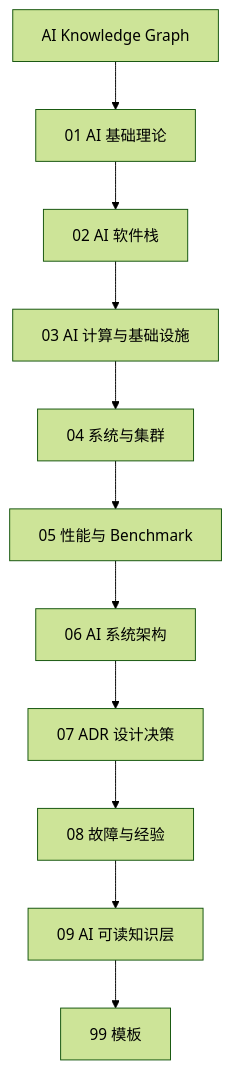
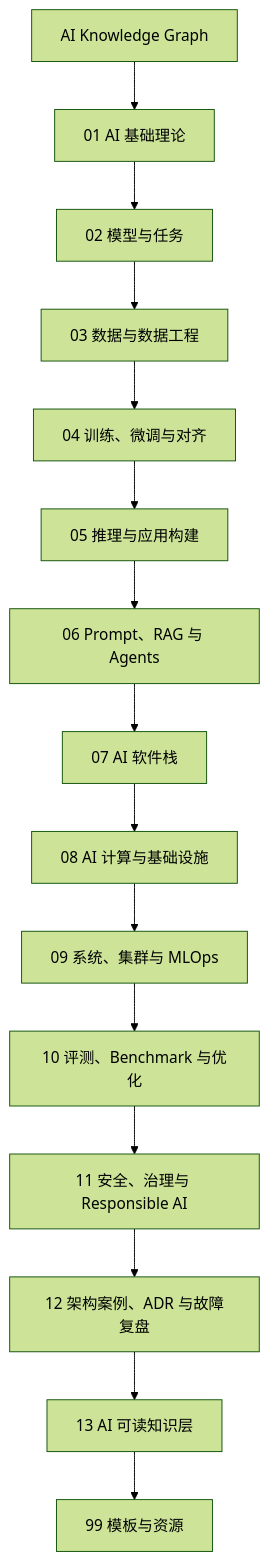
Before and after one commit to AmourSec/aikg: the diagram in docs/knowledge-map.md, drawn with Mermaid (forest theme). The commit also changed other lines of this file and 21 other files, not shown here.

````diff
--- a/docs/knowledge-map.md
+++ b/docs/knowledge-map.md
@@ -11,25 +11,33 @@
 ```mermaid
 flowchart TB
   A["AI Knowledge Graph"] --> B["01 AI 基础理论"]
-  B --> C["02 AI 软件栈"]
-  C --> D["03 AI 计算与基础设施"]
-  D --> E["04 系统与集群"]
-  E --> F["05 性能与 Benchmark"]
-  F --> G["06 AI 系统架构"]
-  G --> H["07 ADR 设计决策"]
-  H --> I["08 故障与经验"]
-  I --> J["09 AI 可读知识层"]
-  J --> K["99 模板"]
+  B --> C["02 模型与任务"]
+  C --> D["03 数据与数据工程"]
+  D --> E["04 训练、微调与对齐"]
+  E --> F["05 推理与应用构建"]
+  F --> G["06 Prompt、RAG 与 Agents"]
+  G --> H["07 AI 软件栈"]
+  H --> I["08 AI 计算与基础设施"]
+  I --> J["09 系统、集群与 MLOps"]
+  J --> K["10 评测、Benchmark 与优化"]
+  K --> L["11 安全、治理与 Responsible AI"]
+  L --> M["12 架构案例、ADR 与故障复盘"]
+  M --> N["13 AI 可读知识层"]
+  N --> O["99 模板与资源"]
 
   click A "../" "打开首页"
   click B "../01-ai-basics/" "打开 AI 基础理论"
-  click C "../02-ai-software-stack/" "打开 AI 软件栈"
-  click D "../03-ai-hardware/" "打开 AI 计算与基础设施"
-  click E "../04-system-architecture/" "打开系统与集群"
-  click F "../05-benchmark/" "打开性能与 Benchmark"
-  click G "../06-ai-system-architecture/" "打开 AI 系统架构"
-  click H "../07-adr/" "打开 ADR 设计决策"
-  click I "../08-failure-cases/" "打开故障与经验"
-  click J "../09-ai-indexing/" "打开 AI 可读知识层"
-  click K "../99-templates/knowledge-note/" "打开模板"
+  click C "../02-models-and-tasks/" "打开模型与任务"
+  click D "../03-data-engineering/" "打开数据与数据工程"
+  click E "../04-training-finetuning-alignment/" "打开训练、微调与对齐"
+  click F "../05-inference-apps/" "打开推理与应用构建"
+  click G "../06-prompt-rag-agents/" "打开 Prompt、RAG 与 Agents"
+  click H "../07-ai-software-stack/" "打开 AI 软件栈"
+  click I "../08-ai-compute-infra/" "打开 AI 计算与基础设施"
+  click J "../09-systems-mlops/" "打开系统、集群与 MLOps"
+  click K "../10-evaluation-benchmark-optimization/" "打开评测、Benchmark 与优化"
+  click L "../11-safety-governance/" "打开安全、治理与 Responsible AI"
+  click M "../12-architecture-cases/" "打开架构案例、ADR 与故障复盘"
+  click N "../13-ai-indexing/" "打开 AI 可读知识层"
+  click O "../99-templates/knowledge-note/" "打开模板"
 ```
````
